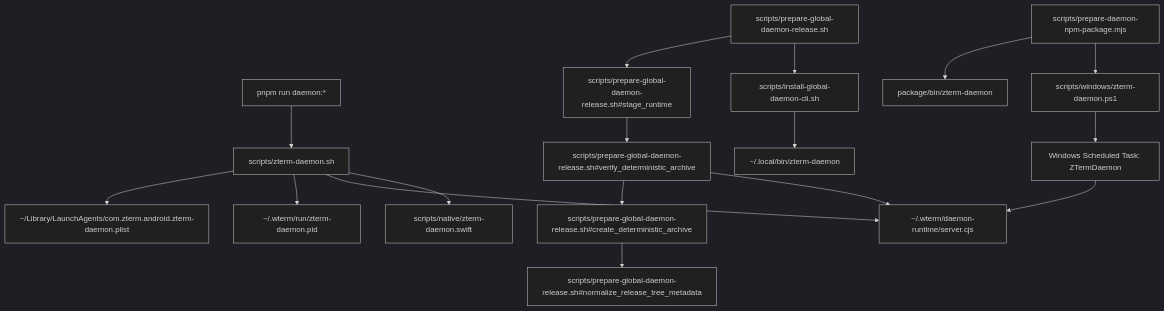
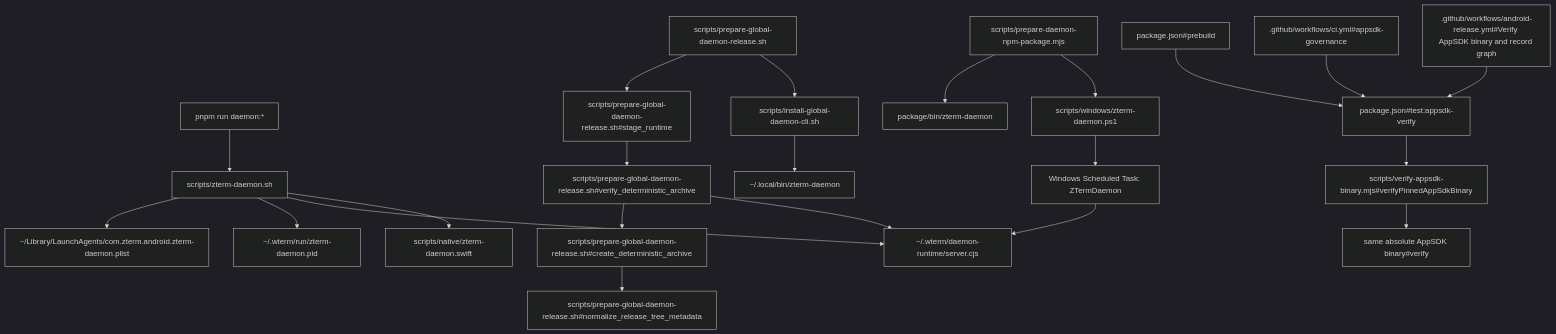
One commit to Jasonzhangf/zterm changed the fourth of 5 diagrams in android/docs/wiki/mainline-source.md. Above: the diagram before and after it, drawn with Mermaid (dark theme). The commit also changed other lines of this file and 18 other files, not shown here.

Commit message:
fix(appsdk): execute exact locked binary

````diff
--- a/android/docs/wiki/mainline-source.md
+++ b/android/docs/wiki/mainline-source.md
@@ -315,19 +315,24 @@
 ```mermaid
 flowchart TD
   DevCLI["pnpm run daemon:*"] --> Shell["scripts/zterm-daemon.sh"]
   Shell --> Launchd["~/Library/LaunchAgents/com.zterm.android.zterm-daemon.plist"]
   Shell --> Direct["~/.wterm/run/zterm-daemon.pid"]
   Shell --> Runtime["~/.wterm/daemon-runtime/server.cjs"]
   Shell --> Native["scripts/native/zterm-daemon.swift"]
   WinShell["scripts/windows/zterm-daemon.ps1"] --> WinTask["Windows Scheduled Task: ZTermDaemon"]
   WinTask --> Runtime
   Release["scripts/prepare-global-daemon-release.sh"] --> DaemonReleaseOut01StageRuntime["scripts/prepare-global-daemon-release.sh#stage_runtime"]
   DaemonReleaseOut01StageRuntime --> DaemonReleaseOut02VerifyDeterminism["scripts/prepare-global-daemon-release.sh#verify_deterministic_archive"]
   DaemonReleaseOut02VerifyDeterminism --> DaemonReleaseOut03ArchiveArtifact["scripts/prepare-global-daemon-release.sh#create_deterministic_archive"]
   DaemonReleaseOut03ArchiveArtifact --> DaemonReleaseOut04NormalizeMetadata["scripts/prepare-global-daemon-release.sh#normalize_release_tree_metadata"]
   DaemonReleaseOut02VerifyDeterminism --> Runtime
   Release --> Install["scripts/install-global-daemon-cli.sh"]
   Install --> GlobalBin["~/.local/bin/zterm-daemon"]
   Npm["scripts/prepare-daemon-npm-package.mjs"] --> PackageBin["package/bin/zterm-daemon"]
   Npm --> WinShell
+  AppSdkPrebuildGate["package.json#prebuild"] --> AppSdkPackageGate["package.json#test:appsdk-verify"]
+  AppSdkCiGate[".github/workflows/ci.yml#appsdk-governance"] --> AppSdkPackageGate
+  AppSdkReleaseGate[".github/workflows/android-release.yml#Verify AppSDK binary and record graph"] --> AppSdkPackageGate
+  AppSdkPackageGate --> AppSdkBinaryPreflight["scripts/verify-appsdk-binary.mjs#verifyPinnedAppSdkBinary"]
+  AppSdkBinaryPreflight --> AppSdkRecordGraphVerify["same absolute AppSDK binary#verify"]
 ```
````
